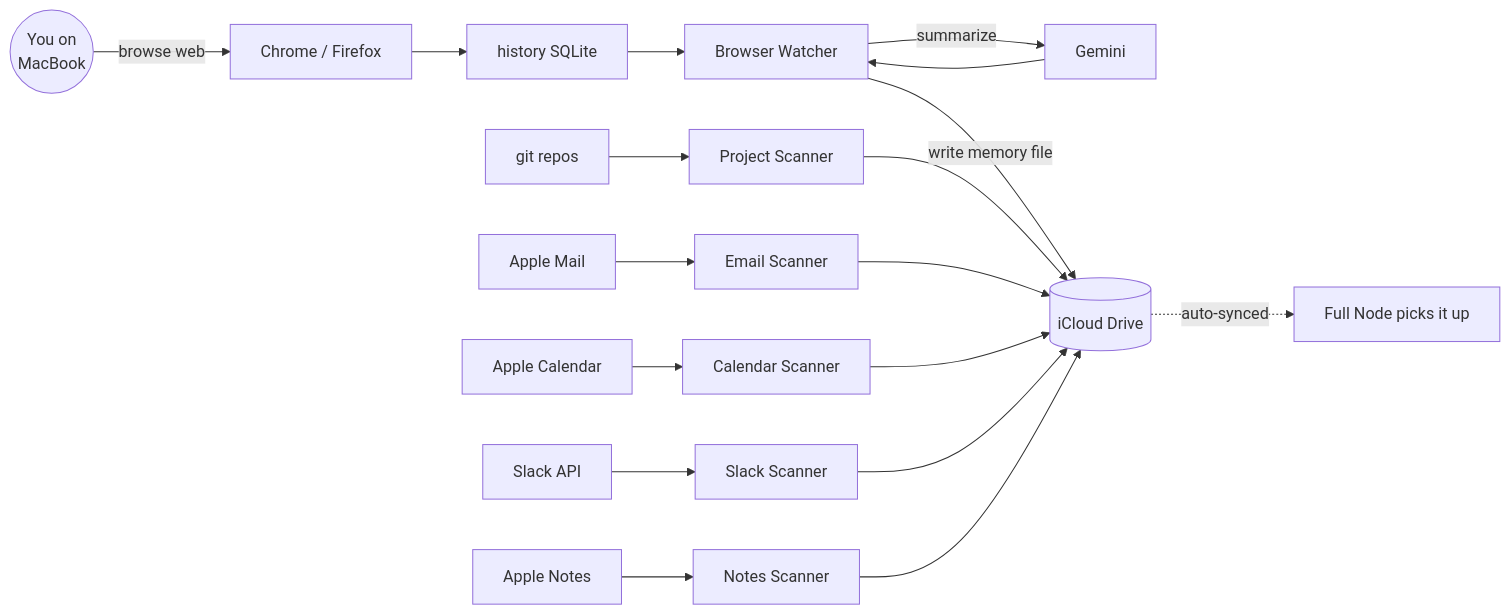
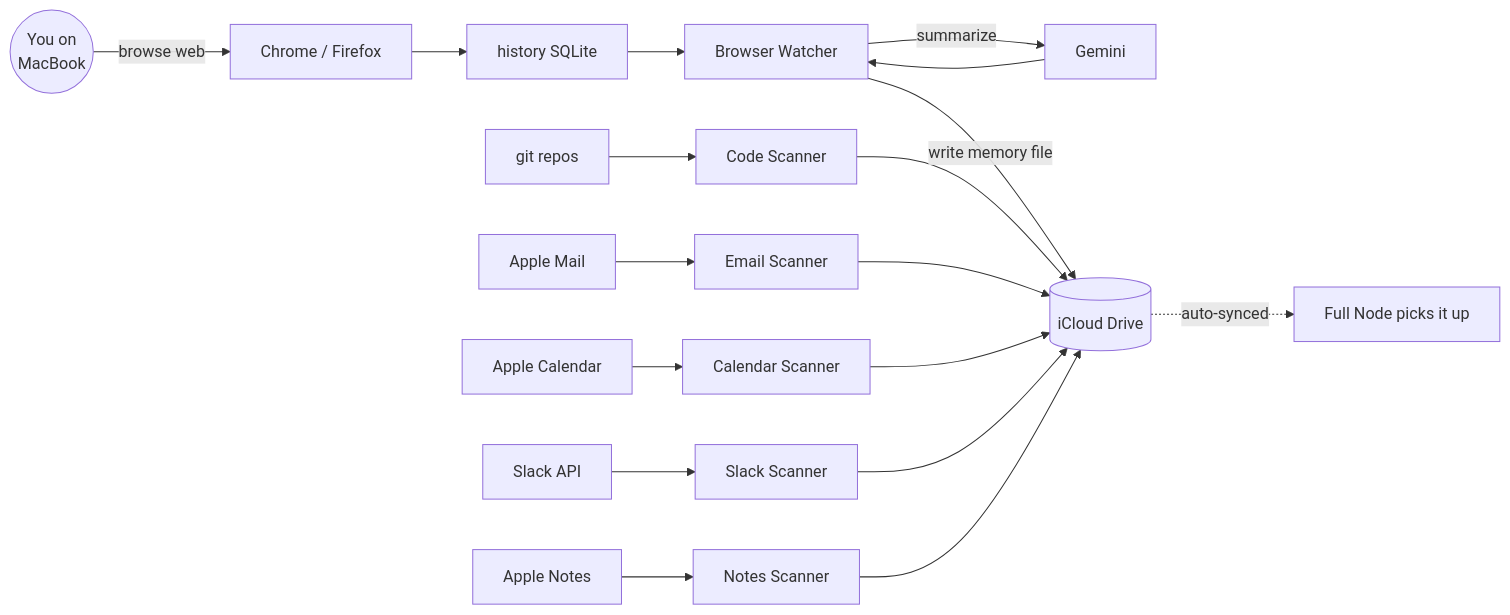
The third of 9 diagrams in README.md (chrisbrobertson/felix), drawn with Mermaid before and after one commit. The commit also changed other lines of this file and 1 other file, not shown here.

````diff
--- a/README.md
+++ b/README.md
@@ -127,20 +130,20 @@
 ```mermaid
 flowchart LR
     YOU((You on\nMacBook)) -->|browse web| CHROME[Chrome / Firefox]
     CHROME --> HIST[history SQLite]
     HIST --> BW[Browser Watcher]
     BW -->|summarize| GEM[Gemini]
     GEM --> BW
     BW -->|write memory file| CLOUD[(iCloud Drive)]
-    GIT[git repos] --> PS[Project Scanner]
+    GIT[git repos] --> CDS[Code Scanner]
     MAIL[Apple Mail] --> ES[Email Scanner]
     CAL[Apple Calendar] --> CS[Calendar Scanner]
     SLACK[Slack API] --> SS[Slack Scanner]
     NOTES[Apple Notes] --> NS[Notes Scanner]
-    PS --> CLOUD
+    CDS --> CLOUD
     ES --> CLOUD
     CS --> CLOUD
     SS --> CLOUD
     NS --> CLOUD
     CLOUD -.->|auto-synced| FULL[Full Node picks it up]
 ```
````
